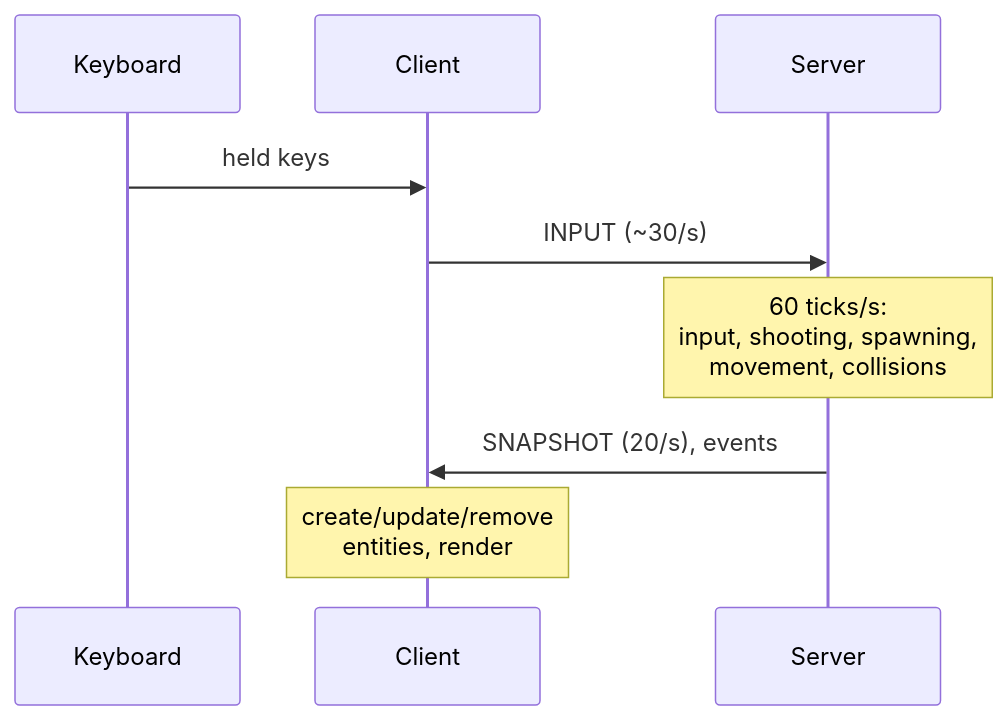
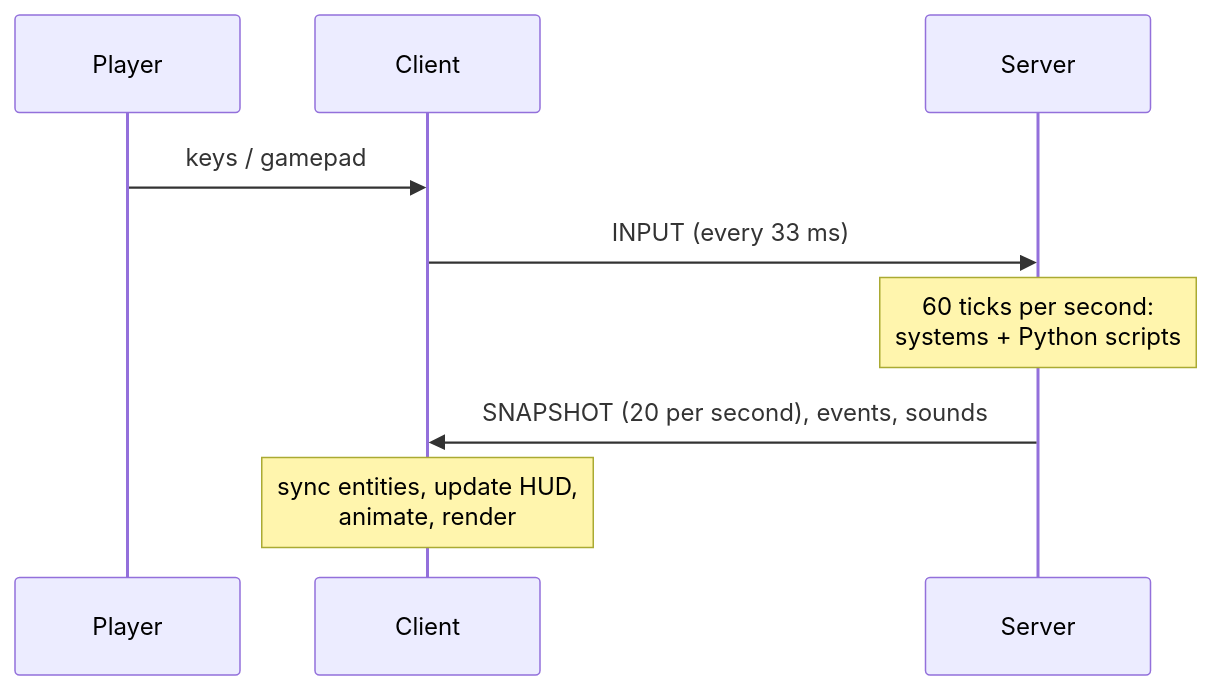
The third of 3 diagrams in docs/architecture/overview.md (Origanire/r-type), drawn with Mermaid before and after one commit. The commit also changed other lines of this file and 57 other files, not shown here.

````diff
--- a/docs/architecture/overview.md
+++ b/docs/architecture/overview.md
@@ -47,11 +110,11 @@
 ```mermaid
 sequenceDiagram
-    participant K as Keyboard
+    participant P as Player
     participant C as Client
     participant S as Server
-    K->>C: held keys
-    C->>S: INPUT (~30/s)
-    Note over S: 60 ticks/s:<br/>input, shooting, spawning,<br/>movement, collisions
-    S->>C: SNAPSHOT (20/s), events
-    Note over C: create/update/remove<br/>entities, render
+    P->>C: keys / gamepad
+    C->>S: INPUT (every 33 ms)
+    Note over S: 60 ticks per second:<br/>systems + Python scripts
+    S->>C: SNAPSHOT (20 per second), events, sounds
+    Note over C: sync entities, update HUD,<br/>animate, render
 ```
````
